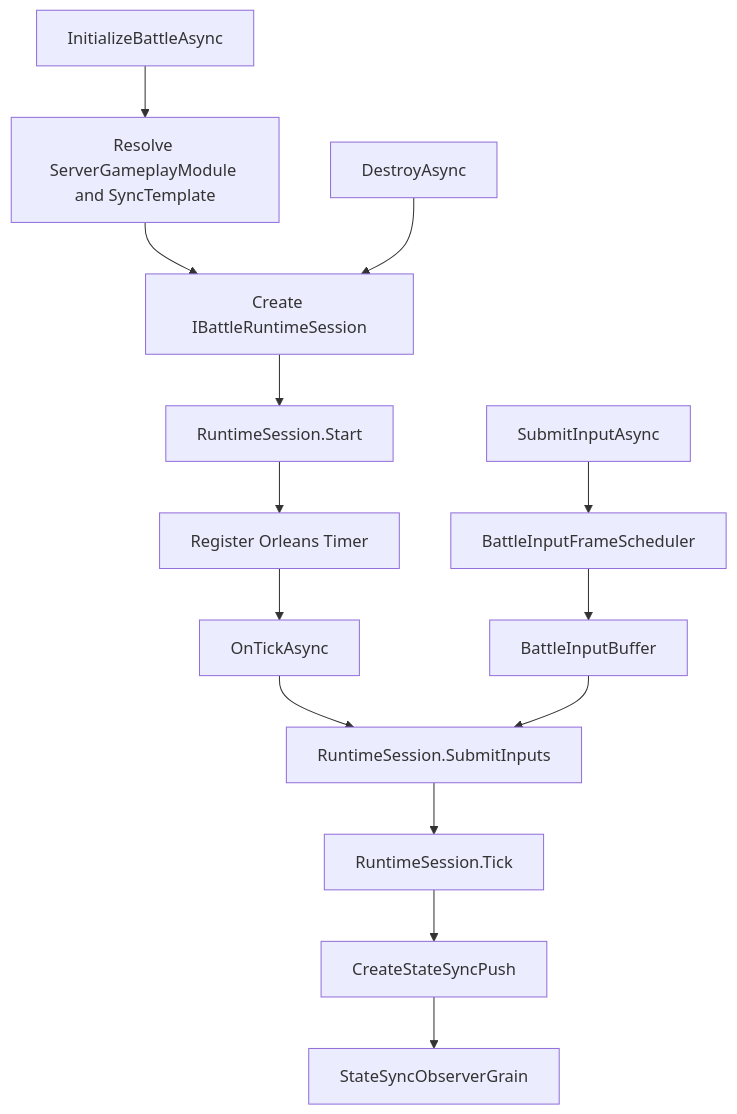
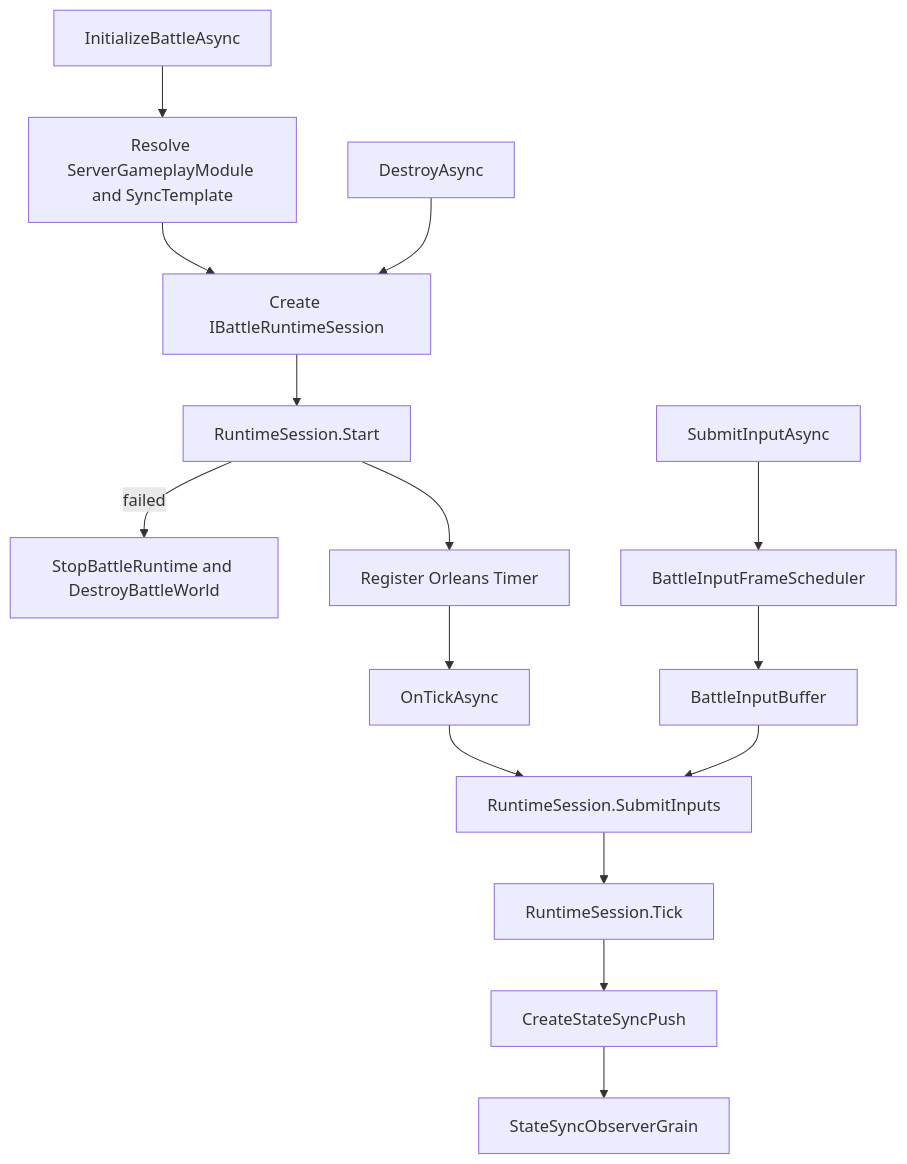
Before and after one commit to HOBOBO/AbilityKit: the fourth of 5 diagrams in Docs/design/12-ServerArchitecture/02-GatewayRoomBattleFlow.md, drawn with Mermaid. The commit also changed other lines of this file and 537 other files, not shown here.

````diff
--- a/Docs/design/12-ServerArchitecture/02-GatewayRoomBattleFlow.md
+++ b/Docs/design/12-ServerArchitecture/02-GatewayRoomBattleFlow.md
@@ -215,26 +230,28 @@
 ```mermaid
 flowchart TB
     Init[InitializeBattleAsync]
     Resolve[Resolve ServerGameplayModule and SyncTemplate]
     Adapter[Create IBattleRuntimeSession]
     Start[RuntimeSession.Start]
+    Cleanup[StopBattleRuntime and DestroyBattleWorld]
     Timer[Register Orleans Timer]
     Input[SubmitInputAsync]
     Schedule[BattleInputFrameScheduler]
     Buffer[BattleInputBuffer]
     Tick[OnTickAsync]
     RuntimeInput[RuntimeSession.SubmitInputs]
     RuntimeTick[RuntimeSession.Tick]
     Snapshot[CreateStateSyncPush]
     Observers[StateSyncObserverGrain]
     Destroy[DestroyAsync]
 
     Init --> Resolve --> Adapter --> Start --> Timer
+    Start -->|failed| Cleanup
     Input --> Schedule --> Buffer
     Timer --> Tick
     Tick --> RuntimeInput
     Buffer --> RuntimeInput
     RuntimeInput --> RuntimeTick
     RuntimeTick --> Snapshot --> Observers
     Destroy --> Adapter
 ```
````
